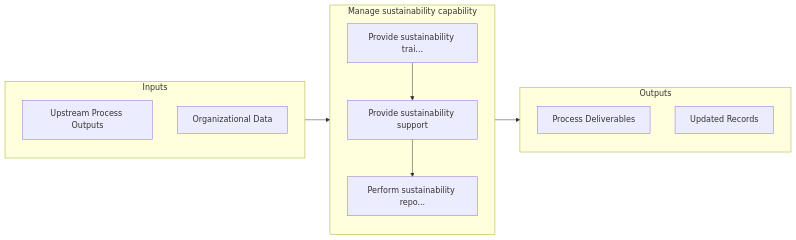
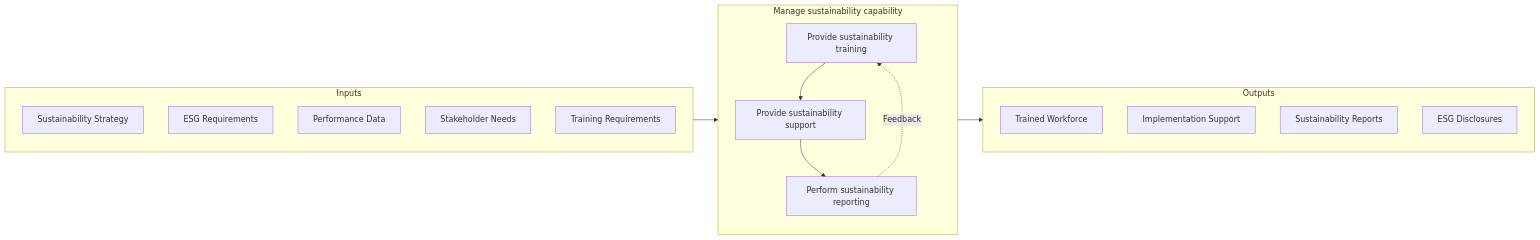
Before and after one commit to kziemski/business.org.ai: the second of 2 diagrams in processes/13-Capabilities/13.9-ManageSustainability/13.9.2-ManageSustainabilityCapability/index.mdx, drawn with Mermaid. The commit also changed other lines of this file and 885 other files, not shown here.

````diff
--- a/processes/13-Capabilities/13.9-ManageSustainability/13.9.2-ManageSustainabilityCapability/index.mdx
+++ b/processes/13-Capabilities/13.9-ManageSustainability/13.9.2-ManageSustainabilityCapability/index.mdx
@@ -61,22 +63,28 @@
 ```mermaid
 flowchart LR
     subgraph Inputs["Inputs"]
-        I1["Upstream Process Outputs"]
-        I2["Organizational Data"]
+        I1["Sustainability Strategy"]
+        I2["ESG Requirements"]
+        I3["Performance Data"]
+        I4["Stakeholder Needs"]
+        I5["Training Requirements"]
     end
 
     subgraph Process["Manage sustainability capability"]
-        S1["Provide sustainability trai..."]
+        S1["Provide sustainability training"]
         S2["Provide sustainability support"]
-        S3["Perform sustainability repo..."]
+        S3["Perform sustainability reporting"]
     end
 
     subgraph Outputs["Outputs"]
-        O1["Process Deliverables"]
-        O2["Updated Records"]
+        O1["Trained Workforce"]
+        O2["Implementation Support"]
+        O3["Sustainability Reports"]
+        O4["ESG Disclosures"]
     end
 
     Inputs --> Process --> Outputs
     S1 --> S2
     S2 --> S3
+    S3 -.->|Feedback| S1
 ```
````
